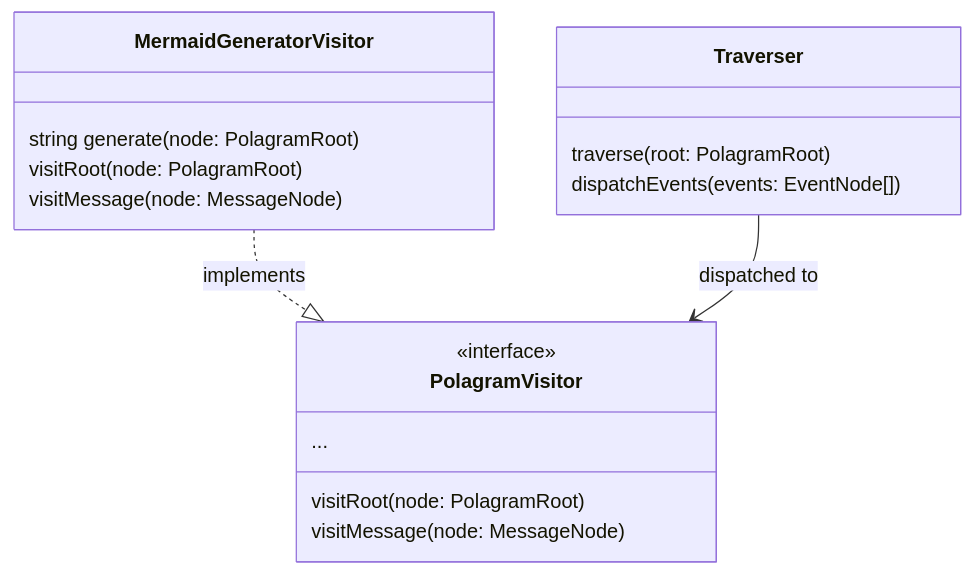
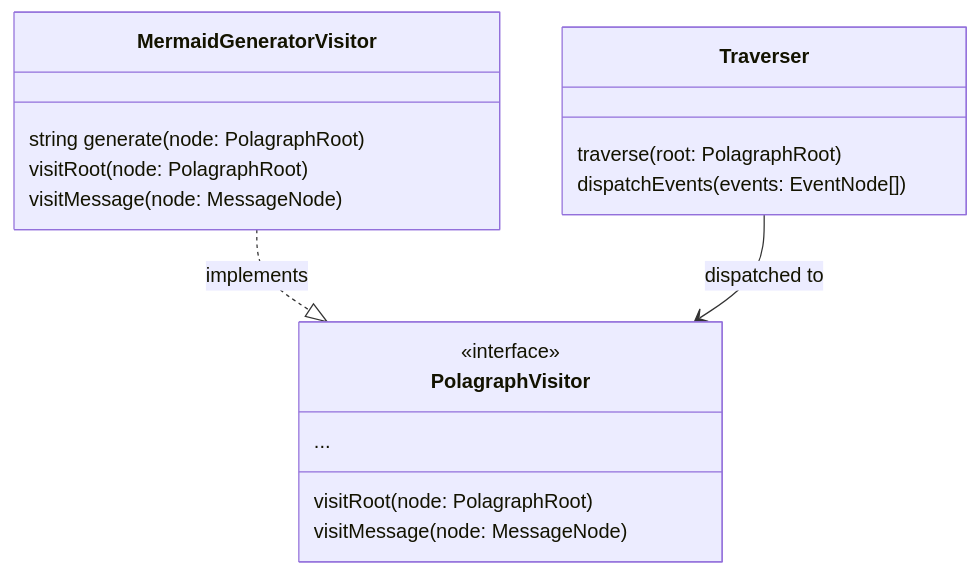
Before and after one commit to Jun-T-git/polagram: the second of 2 diagrams in packages/core/docs/02-architecture.md, drawn with Mermaid. The commit also changed other lines of this file and 34 other files, not shown here.

Commit message:
feat: Rename project from Polagram to Polagraph and introduce a new FocusDemo component.

````diff
--- a/packages/core/docs/02-architecture.md
+++ b/packages/core/docs/02-architecture.md
@@ -60,23 +60,23 @@
 ```mermaid
 classDiagram
-    class PolagramVisitor {
+    class PolagraphVisitor {
         <<interface>>
-        visitRoot(node: PolagramRoot)
+        visitRoot(node: PolagraphRoot)
         visitMessage(node: MessageNode)
         ...
     }
 
     class MermaidGeneratorVisitor {
-        string generate(node: PolagramRoot)
-        visitRoot(node: PolagramRoot)
+        string generate(node: PolagraphRoot)
+        visitRoot(node: PolagraphRoot)
         visitMessage(node: MessageNode)
     }
 
     class Traverser {
-        traverse(root: PolagramRoot)
+        traverse(root: PolagraphRoot)
         dispatchEvents(events: EventNode[])
     }
 
-    MermaidGeneratorVisitor ..|> PolagramVisitor : implements
-    Traverser --> PolagramVisitor : dispatched to
+    MermaidGeneratorVisitor ..|> PolagraphVisitor : implements
+    Traverser --> PolagraphVisitor : dispatched to
 ```
````
